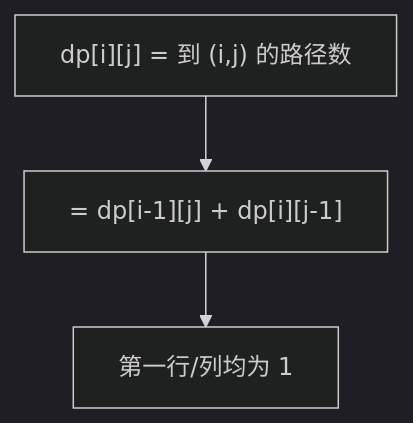
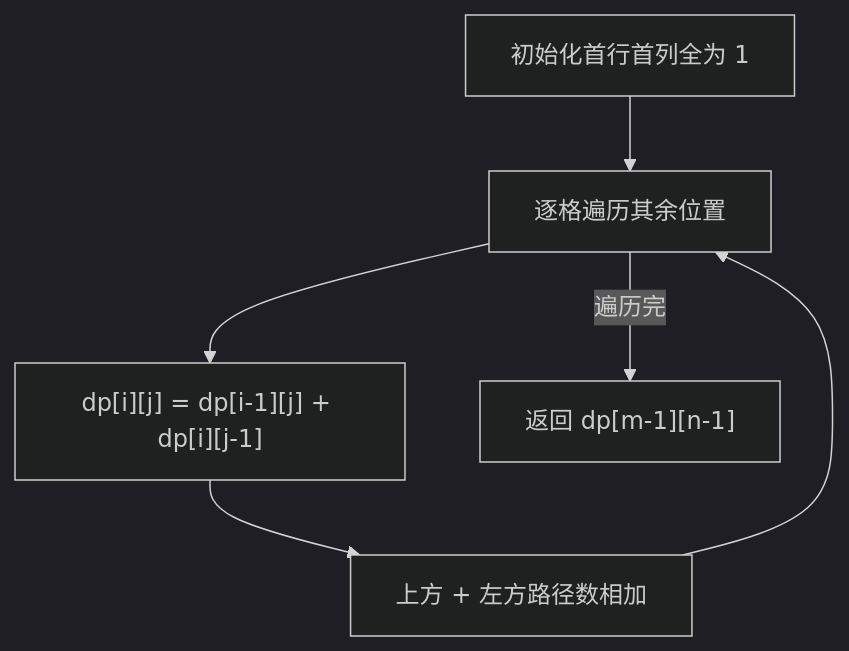
The first of 2 diagrams in 17-多维动态规划/0062-不同路径.md (OctalZero/hot100-py), drawn with Mermaid (dark theme) before and after one commit. The commit also changed other lines of this file and 117 other files, not shown here.

First line of the commit message:
feat: 全题解配图升级为「动画式 mermaid」（总览骨架 + 横向时间线逐步推演）

````diff
--- a/17-多维动态规划/0062-不同路径.md
+++ b/17-多维动态规划/0062-不同路径.md
@@ -22,5 +22,8 @@
 ```mermaid
 flowchart TD
-    A["dp[i][j] = 到 (i,j) 的路径数"] --> B["= dp[i-1][j] + dp[i][j-1]"]
-    B --> C["第一行/列均为 1"]
+    A["初始化首行首列全为 1"] --> B["逐格遍历其余位置"]
+    B --> C["dp[i][j] = dp[i-1][j] + dp[i][j-1]"]
+    C --> D["上方 + 左方路径数相加"]
+    D --> B
+    B -->|"遍历完"| E["返回 dp[m-1][n-1]"]
 ```
````
